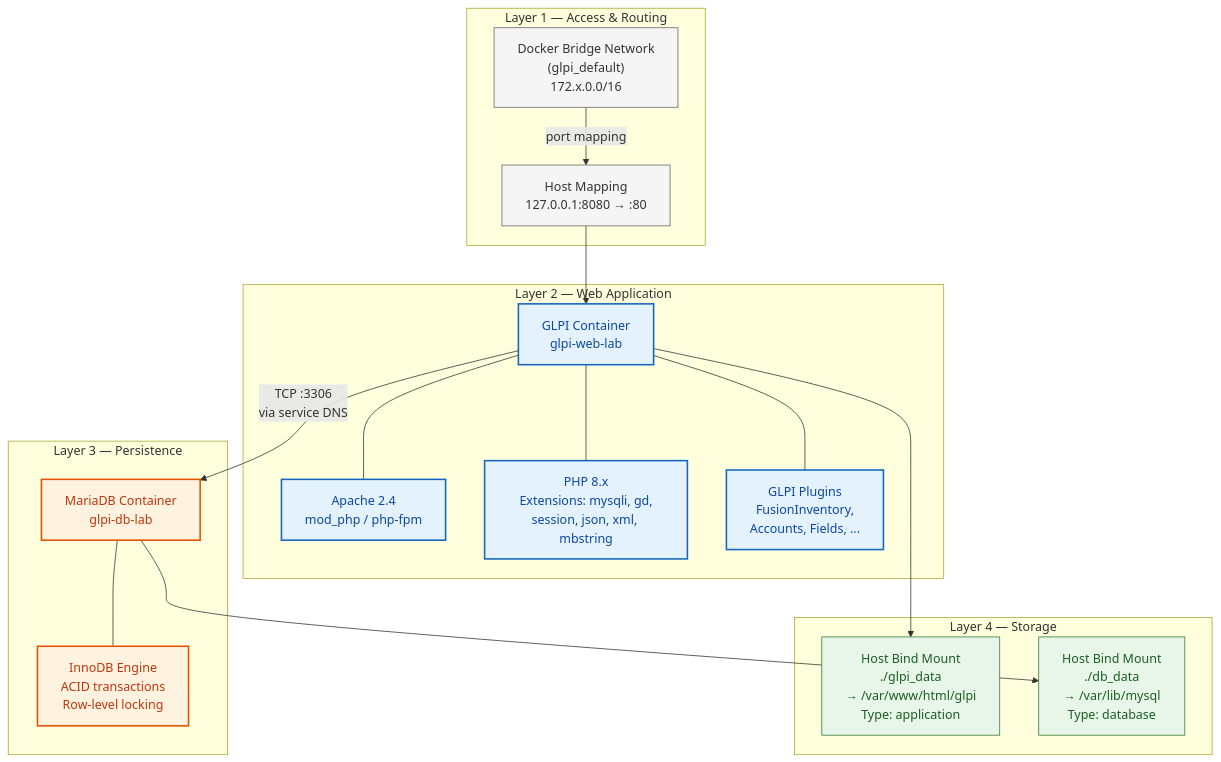
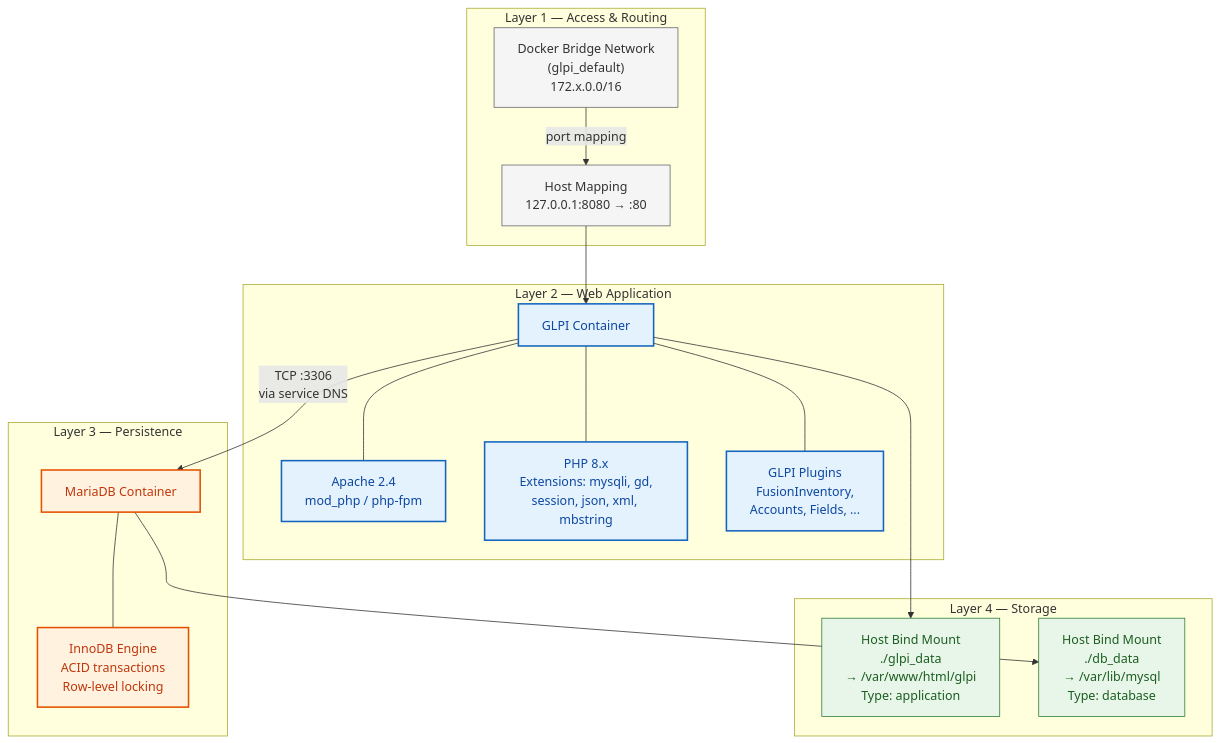
One commit to Selio30/imagenesDocker changed the third of 5 diagrams in GLPI/README.md. Above: the diagram before and after it, drawn with Mermaid. The commit also changed other lines of this file, not shown here.

Commit message:
[DOCS] Update prerequisites and align architecture diagrams to fix Qodo warnings

````diff
--- a/GLPI/README.md
+++ b/GLPI/README.md
@@ -118,44 +118,44 @@
 ```mermaid
 graph TB
     subgraph L1["Layer 1 — Access & Routing"]
         NW["Docker Bridge Network<br/>(glpi_default)<br/>172.x.0.0/16"]
         P8080["Host Mapping<br/>127.0.0.1:8080 → :80"]
     end
 
     subgraph L2["Layer 2 — Web Application"]
-        G["GLPI Container<br/>glpi-web-lab"]
+        G["GLPI Container"]
         A2["Apache 2.4<br/>mod_php / php-fpm"]
         PHP["PHP 8.x<br/>Extensions: mysqli, gd,<br/>session, json, xml, mbstring"]
         PL["GLPI Plugins<br/>FusionInventory,<br/>Accounts, Fields, ..."]
         G --- A2
         G --- PHP
         G --- PL
     end
 
     subgraph L3["Layer 3 — Persistence"]
-        M["MariaDB Container<br/>glpi-db-lab"]
+        M["MariaDB Container"]
         I["InnoDB Engine<br/>ACID transactions<br/>Row-level locking"]
         M --- I
     end
 
     subgraph L4["Layer 4 — Storage"]
         VG["Host Bind Mount<br/>./glpi_data<br/>→ /var/www/html/glpi<br/>Type: application"]
         VD["Host Bind Mount<br/>./db_data<br/>→ /var/lib/mysql<br/>Type: database"]
     end
 
     NW -->|"port mapping"| P8080
     P8080 --> G
     G -->|"TCP :3306<br/>via service DNS"| M
     G --> VG
     M --> VD
 
     classDef infra fill:#f5f5f5,stroke:#666,stroke-width:1px,color:#333
     classDef app fill:#e3f2fd,stroke:#1565c0,stroke-width:2px,color:#0d47a1
     classDef db fill:#fff3e0,stroke:#e65100,stroke-width:2px,color:#bf360c
     classDef vol fill:#e8f5e9,stroke:#2e7d32,stroke-width:1px,color:#1b5e20
 
     class NW,P8080 infra
     class G,A2,PHP,PL app
     class M,I db
     class VG,VD vol
 ```
````
